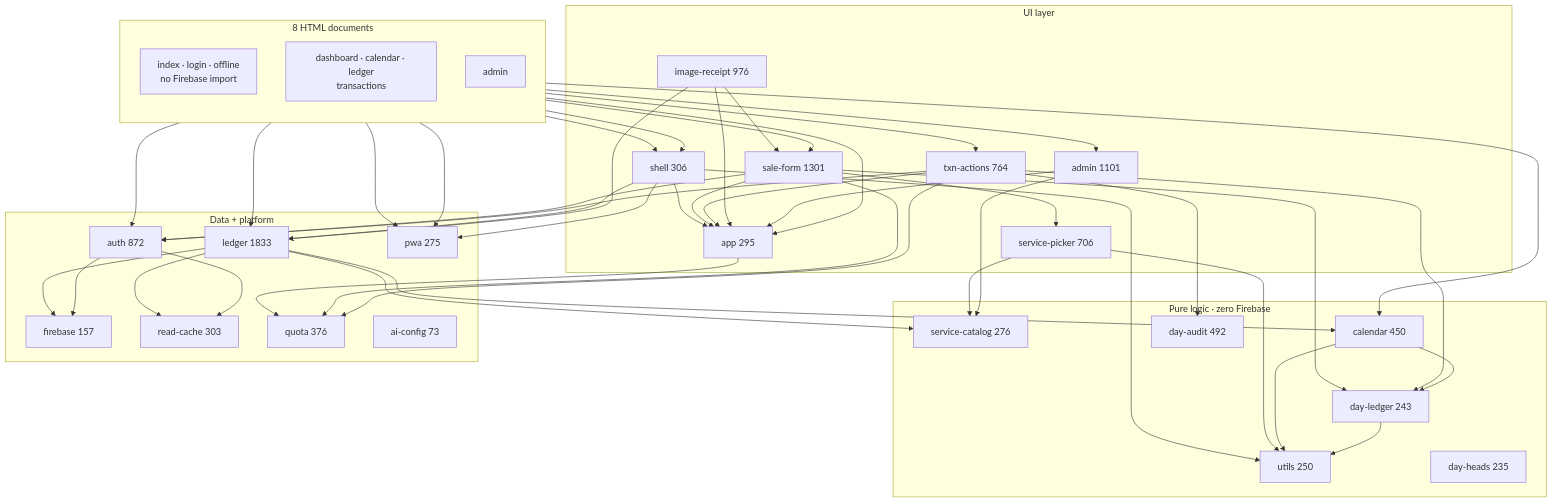
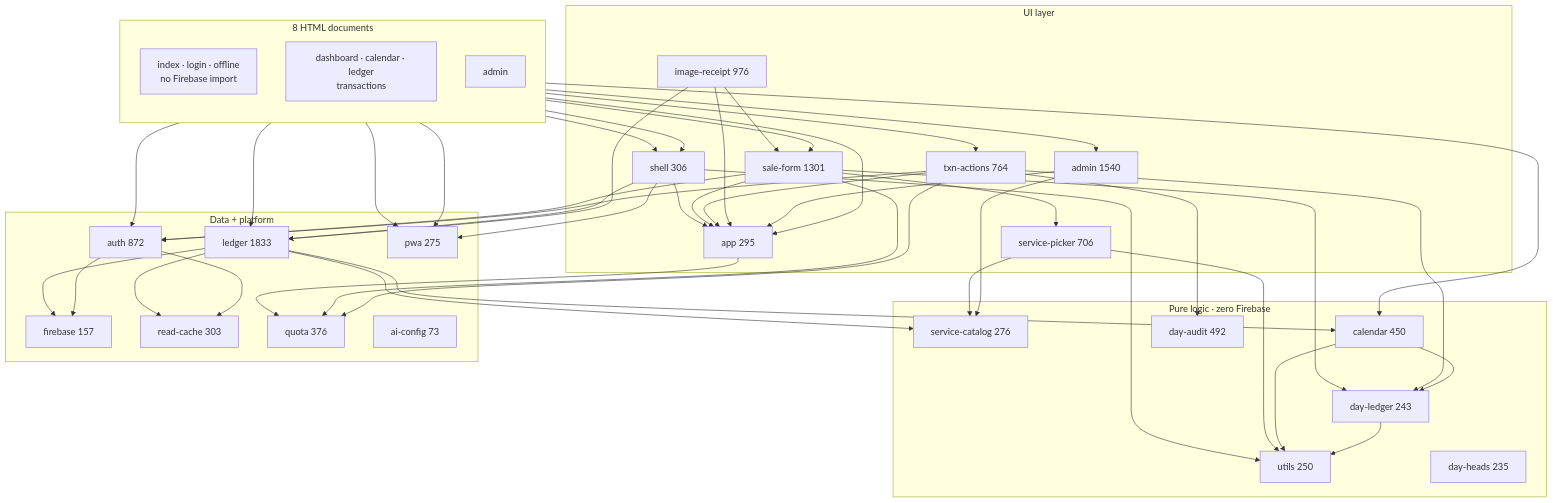
The diagram in docs/ARCHITECTURE.md (arshinmrelju/leadger), drawn with Mermaid before and after one commit. The commit also changed other lines of this file and 12 other files, not shown here.

````diff
--- a/docs/ARCHITECTURE.md
+++ b/docs/ARCHITECTURE.md
@@ -15,82 +15,82 @@
 ```mermaid
 flowchart TD
     subgraph HTML["8 HTML documents"]
         direction TB
         PUB["index · login · offline<br/>no Firebase import"]
         SHOP["dashboard · calendar · ledger<br/>transactions"]
         ADM["admin"]
     end
 
     subgraph PURE["Pure logic · zero Firebase"]
         UTIL["utils 250"]
         CAT["service-catalog 276"]
         DH["day-heads 235"]
         DL["day-ledger 243"]
         CAL["calendar 450"]
         AUD["day-audit 492"]
     end
 
     subgraph UI["UI layer"]
         APP["app 295"]
         SHELL["shell 306"]
         FORM["sale-form 1301"]
         PICK["service-picker 706"]
         TXN["txn-actions 764"]
         IMGR["image-receipt 976"]
-        ADMJS["admin 1101"]
+        ADMJS["admin 1540"]
     end
 
     subgraph DATA["Data + platform"]
         LEDGER["ledger 1833"]
         AUTH["auth 872"]
         FB["firebase 157"]
         CACHE["read-cache 303"]
         QUOTA["quota 376"]
         PWA["pwa 275"]
         AICFG["ai-config 73"]
     end
 
     PUB --> PWA
     SHOP --> APP
     SHOP --> SHELL
     SHOP --> FORM
     SHOP --> TXN
     SHOP --> CAL
     SHOP --> LEDGER
     SHOP --> AUTH
     SHOP --> PWA
     ADM --> SHELL
     ADM --> ADMJS
 
     APP --> QUOTA
     SHELL --> APP
     SHELL --> UTIL
     SHELL --> LEDGER
     SHELL --> PWA
     FORM --> APP
     FORM --> DL
     FORM --> AUTH
     FORM --> PICK
     FORM --> QUOTA
     PICK --> CAT
     PICK --> UTIL
     TXN --> APP
     TXN --> DL
     TXN --> AUD
     TXN --> AUTH
     TXN --> QUOTA
     IMGR --> APP
     IMGR --> LEDGER
     IMGR --> FORM
     ADMJS --> APP
     ADMJS --> CAT
     LEDGER --> FB
     LEDGER --> CAT
     LEDGER --> CAL
     LEDGER --> CACHE
     AUTH --> FB
     AUTH --> CACHE
     CAL --> UTIL
     CAL --> DL
     DL --> UTIL
 ```
````
